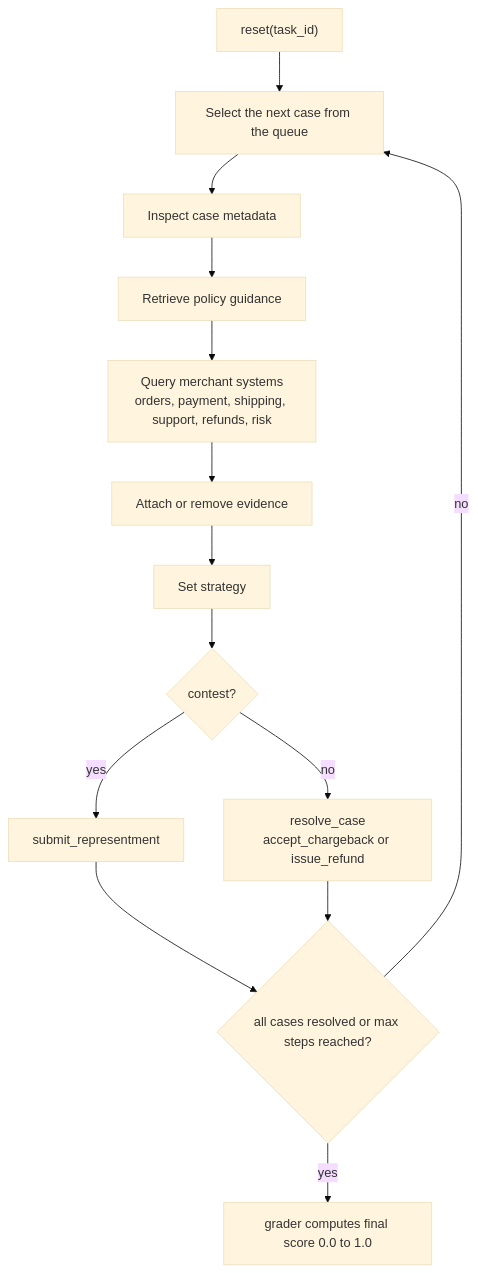
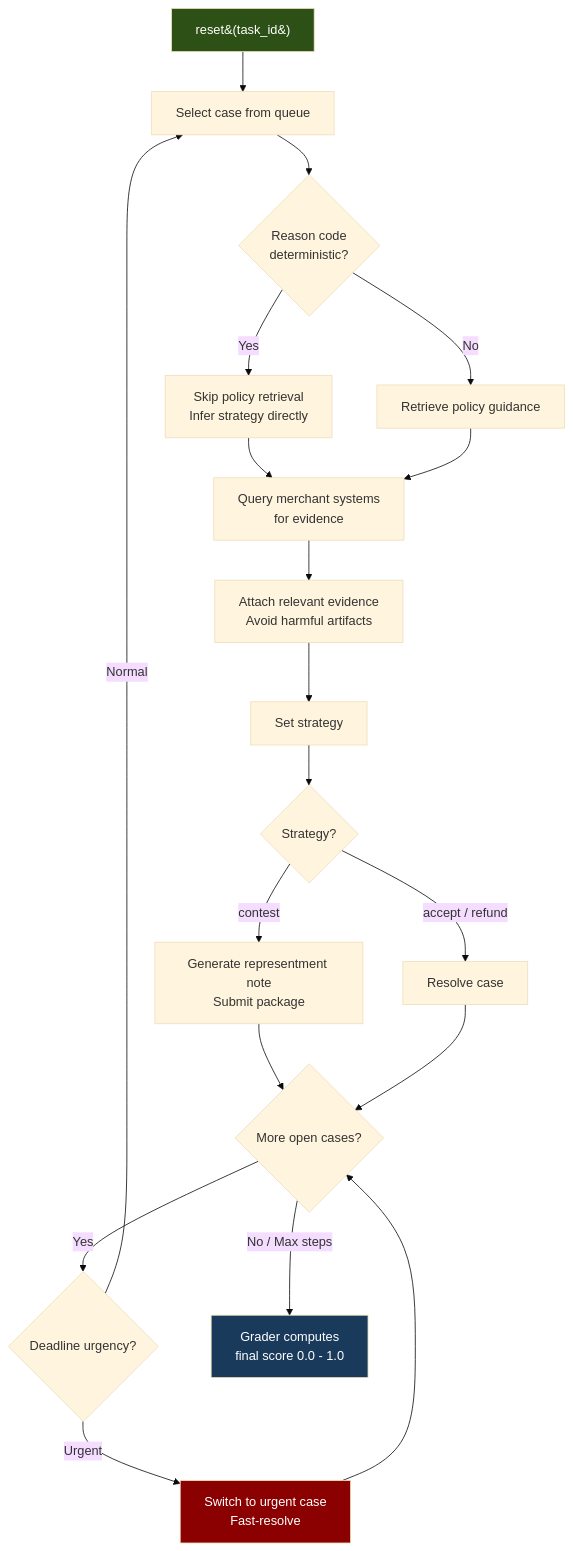
The second of 3 diagrams in README.md (MitudruDutta/chargebackops), drawn with Mermaid (base theme) before and after one commit. The commit also changed other lines of this file and 8 other files, not shown here.

````diff
--- a/README.md
+++ b/README.md
@@ -51,16 +84,25 @@
 ```mermaid
 flowchart TD
-    A["reset(task_id)"] --> B["Select the next case from the queue"]
-    B --> C["Inspect case metadata"]
-    C --> D["Retrieve policy guidance"]
-    D --> E["Query merchant systems<br/>orders, payment, shipping, support, refunds, risk"]
-    E --> F["Attach or remove evidence"]
-    F --> G["Set strategy"]
-    G --> H{"contest?"}
-    H -->|yes| I["submit_representment"]
-    H -->|no| J["resolve_case<br/>accept_chargeback or issue_refund"]
-    I --> K{"all cases resolved or max steps reached?"}
-    J --> K
-    K -->|no| B
-    K -->|yes| L["grader computes final score 0.0 to 1.0"]
+    A[reset&#40;task_id&#41;] --> B[Select case from queue]
+    B --> C{Reason code<br/>deterministic?}
+    C -->|Yes| D[Skip policy retrieval<br/>Infer strategy directly]
+    C -->|No| E[Retrieve policy guidance]
+    D --> F[Query merchant systems<br/>for evidence]
+    E --> F
+    F --> G[Attach relevant evidence<br/>Avoid harmful artifacts]
+    G --> H[Set strategy]
+    H --> I{Strategy?}
+    I -->|contest| J[Generate representment note<br/>Submit package]
+    I -->|accept / refund| K[Resolve case]
+    J --> L{More open cases?}
+    K --> L
+    L -->|Yes| M{Deadline urgency?}
+    M -->|Urgent| N[Switch to urgent case<br/>Fast-resolve]
+    M -->|Normal| B
+    N --> L
+    L -->|No / Max steps| O[Grader computes<br/>final score 0.0 - 1.0]
+
+    style A fill:#2d5016,color:#fff
+    style O fill:#1a3a5c,color:#fff
+    style N fill:#8b0000,color:#fff
 ```
````
